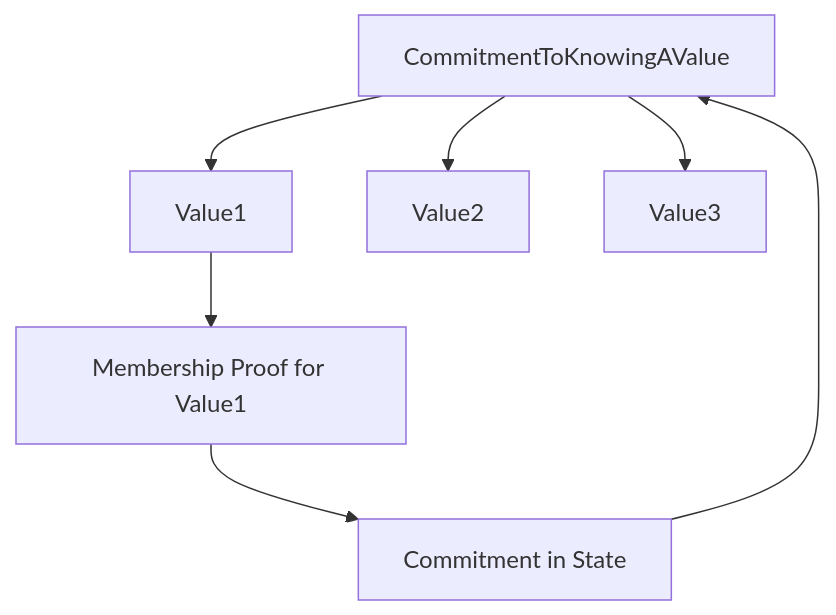
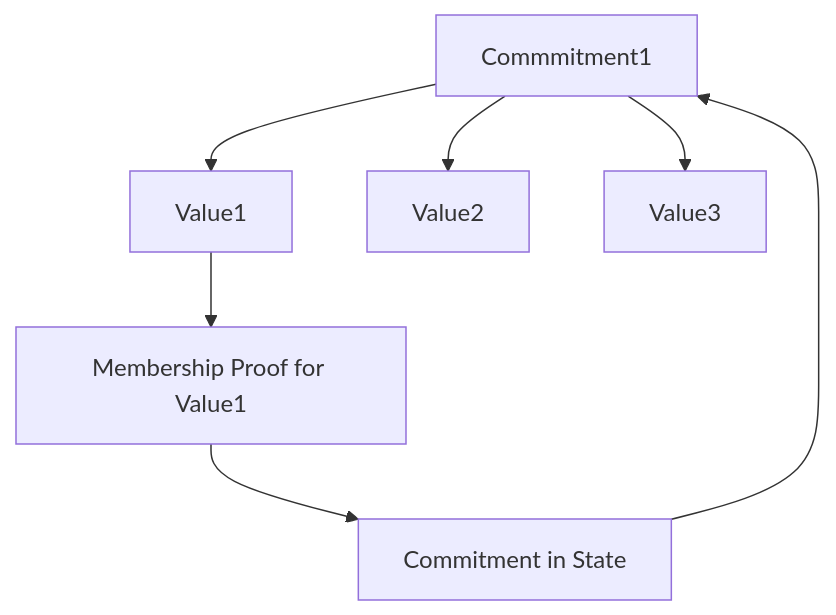
One commit to AztecProtocol/aztec-packages changed the first of 3 diagrams in docs/docs/concepts/foundation/communication/public_private_calls/slow_updates_tree.md. Above: the diagram before and after it, drawn with Mermaid. The commit also changed other lines of this file and 1 other file, not shown here.

Commit message:
more information on each component, restructured, diagram

````diff
--- a/docs/docs/concepts/foundation/communication/public_private_calls/slow_updates_tree.md
+++ b/docs/docs/concepts/foundation/communication/public_private_calls/slow_updates_tree.md
@@ -37,9 +37,9 @@
 ```mermaid
 graph TD;
-    Cm[CommitmentToKnowingAValue] --> Vm1[Value1]
+    Cm[Commmitment1] --> Vm1[Value1]
     Cm --> Vm2[Value2]
     Cm --> Vmn[Value3]
     Vm1 --> Mp1[Membership Proof for Value1]
     Mp1 --> St[Commitment in State]
     St --> Cm
 ```
````
